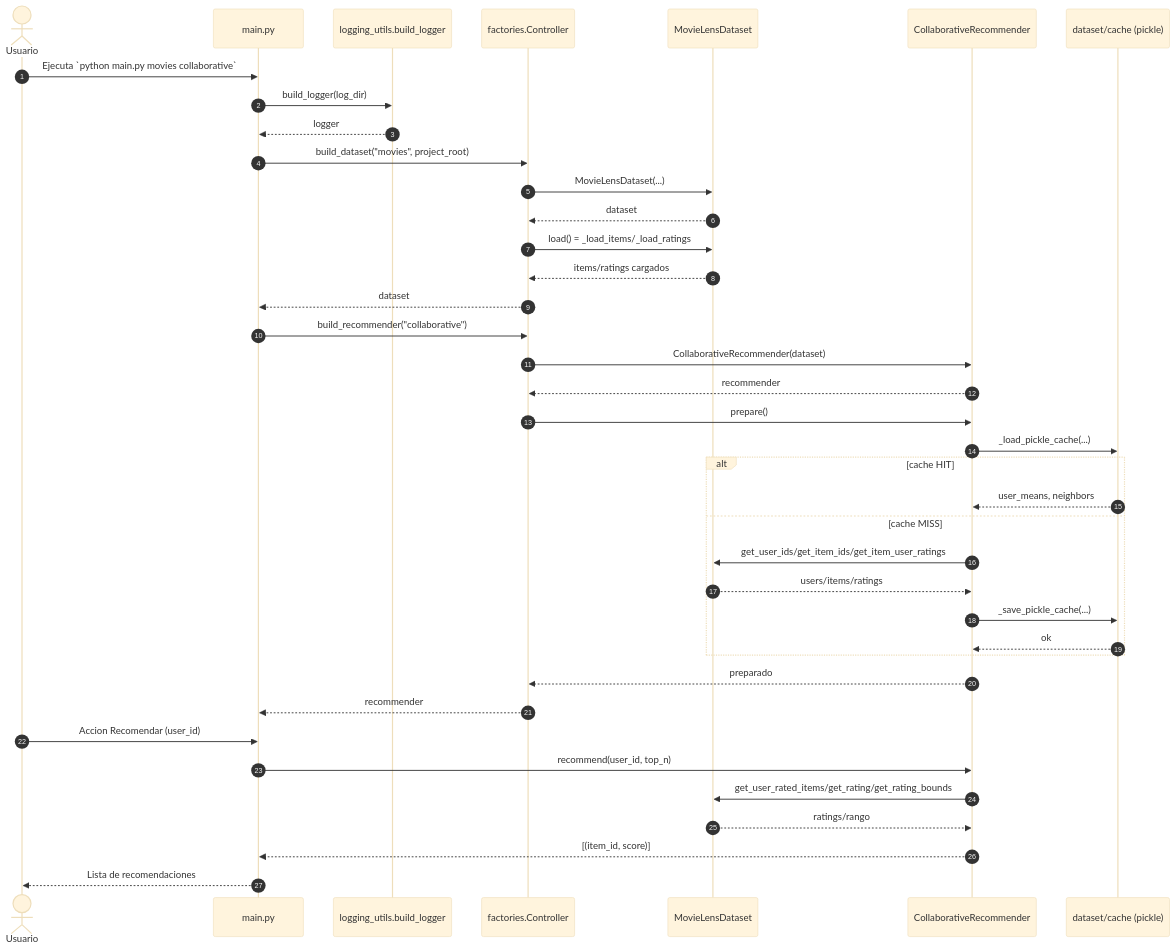
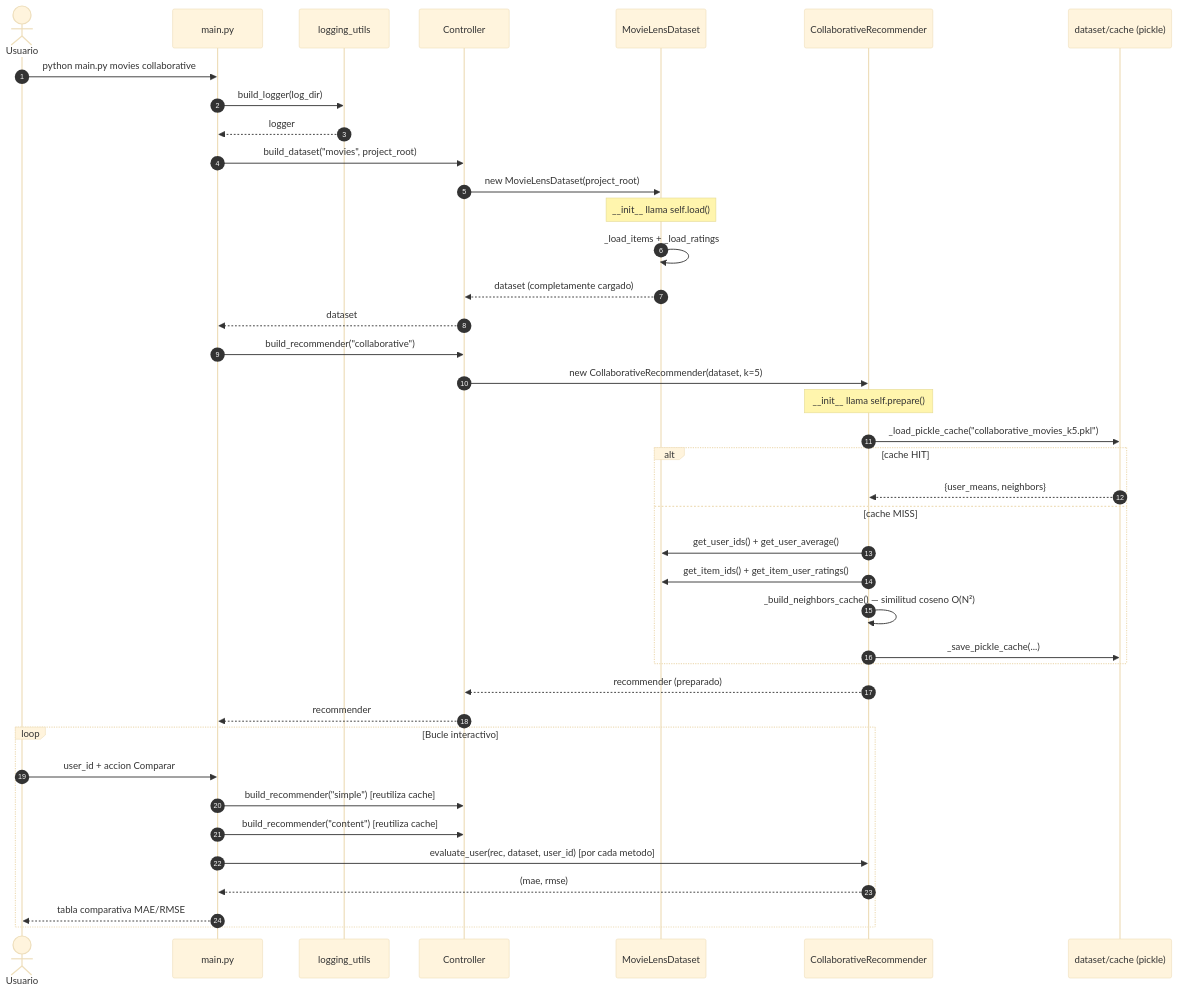
Before and after one commit to Braisfabrega/modular-recommender: the sixth of 7 diagrams in README.md, drawn with Mermaid (base theme). The commit also changed other lines of this file and 8 other files, not shown here.

````diff
--- a/README.md
+++ b/README.md
@@ -350,42 +775,43 @@
 ```mermaid
 sequenceDiagram
   autonumber
   actor Usuario
   participant Main as main.py
-  participant Logger as logging_utils.build_logger
-  participant Controller as factories.Controller
+  participant Logger as logging_utils
+  participant Controller as Controller
   participant Dataset as MovieLensDataset
   participant Recommender as CollaborativeRecommender
   participant Cache as dataset/cache (pickle)
 
-  Usuario->>Main: Ejecuta `python main.py movies collaborative`
+  Usuario->>Main: python main.py movies collaborative
   Main->>Logger: build_logger(log_dir)
   Logger-->>Main: logger
   Main->>Controller: build_dataset("movies", project_root)
-  Controller->>Dataset: MovieLensDataset(...)
-  Dataset-->>Controller: dataset
-  Controller->>Dataset: load() = _load_items/_load_ratings
-  Dataset-->>Controller: items/ratings cargados
+  Controller->>Dataset: new MovieLensDataset(project_root)
+  Note over Dataset: __init__ llama self.load()
+  Dataset->>Dataset: _load_items + _load_ratings
+  Dataset-->>Controller: dataset (completamente cargado)
   Controller-->>Main: dataset
   Main->>Controller: build_recommender("collaborative")
-  Controller->>Recommender: CollaborativeRecommender(dataset)
-  Recommender-->>Controller: recommender
-  Controller->>Recommender: prepare()
-  Recommender->>Cache: _load_pickle_cache(...)
+  Controller->>Recommender: new CollaborativeRecommender(dataset, k=5)
+  Note over Recommender: __init__ llama self.prepare()
+  Recommender->>Cache: _load_pickle_cache("collaborative_movies_k5.pkl")
   alt cache HIT
-    Cache-->>Recommender: user_means, neighbors
+    Cache-->>Recommender: {user_means, neighbors}
   else cache MISS
-    Recommender->>Dataset: get_user_ids/get_item_ids/get_item_user_ratings
-    Dataset-->>Recommender: users/items/ratings
+    Recommender->>Dataset: get_user_ids() + get_user_average()
+    Recommender->>Dataset: get_item_ids() + get_item_user_ratings()
+    Recommender->>Recommender: _build_neighbors_cache() — similitud coseno O(N²)
     Recommender->>Cache: _save_pickle_cache(...)
-    Cache-->>Recommender: ok
   end
-  Recommender-->>Controller: preparado
+  Recommender-->>Controller: recommender (preparado)
   Controller-->>Main: recommender
-  Usuario->>Main: Accion Recomendar (user_id)
-  Main->>Recommender: recommend(user_id, top_n)
-  Recommender->>Dataset: get_user_rated_items/get_rating/get_rating_bounds
-  Dataset-->>Recommender: ratings/rango
-  Recommender-->>Main: [(item_id, score)]
-  Main-->>Usuario: Lista de recomendaciones
+  loop Bucle interactivo
+    Usuario->>Main: user_id + accion Comparar
+    Main->>Controller: build_recommender("simple") [reutiliza cache]
+    Main->>Controller: build_recommender("content") [reutiliza cache]
+    Main->>Recommender: evaluate_user(rec, dataset, user_id) [por cada metodo]
+    Recommender-->>Main: (mae, rmse)
+    Main-->>Usuario: tabla comparativa MAE/RMSE
+  end
 ```
````
